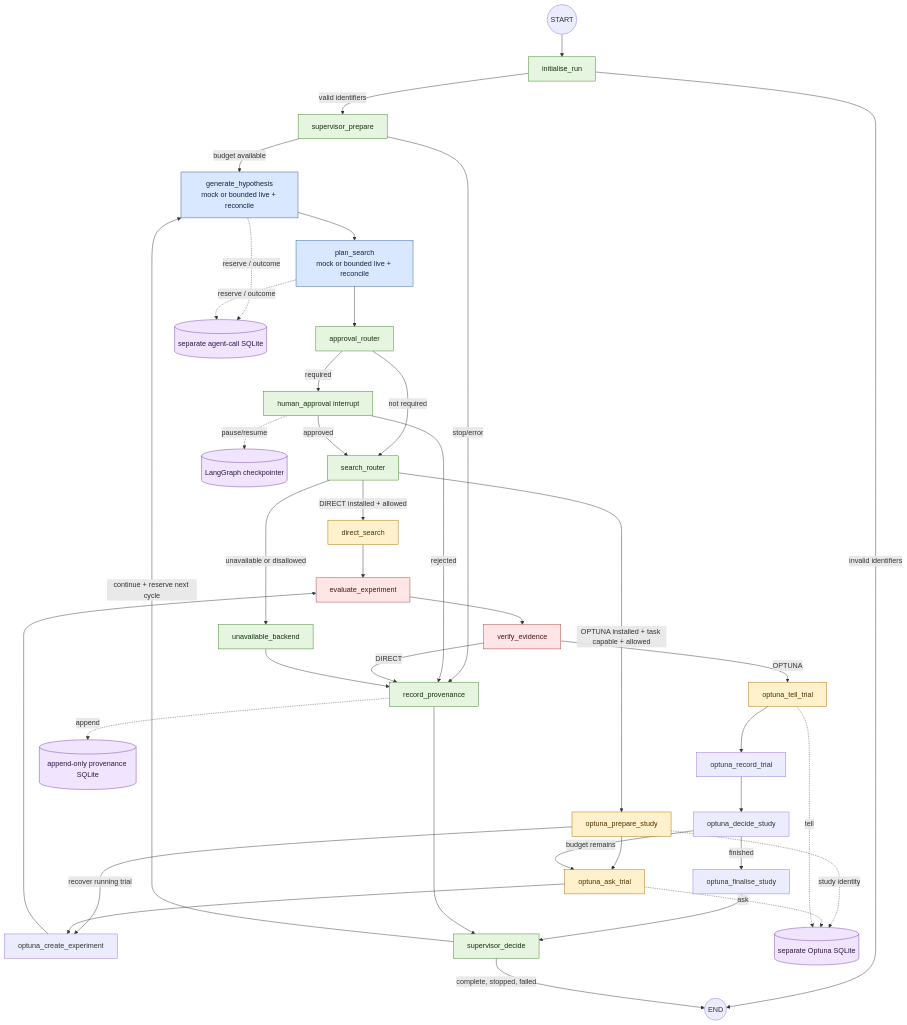
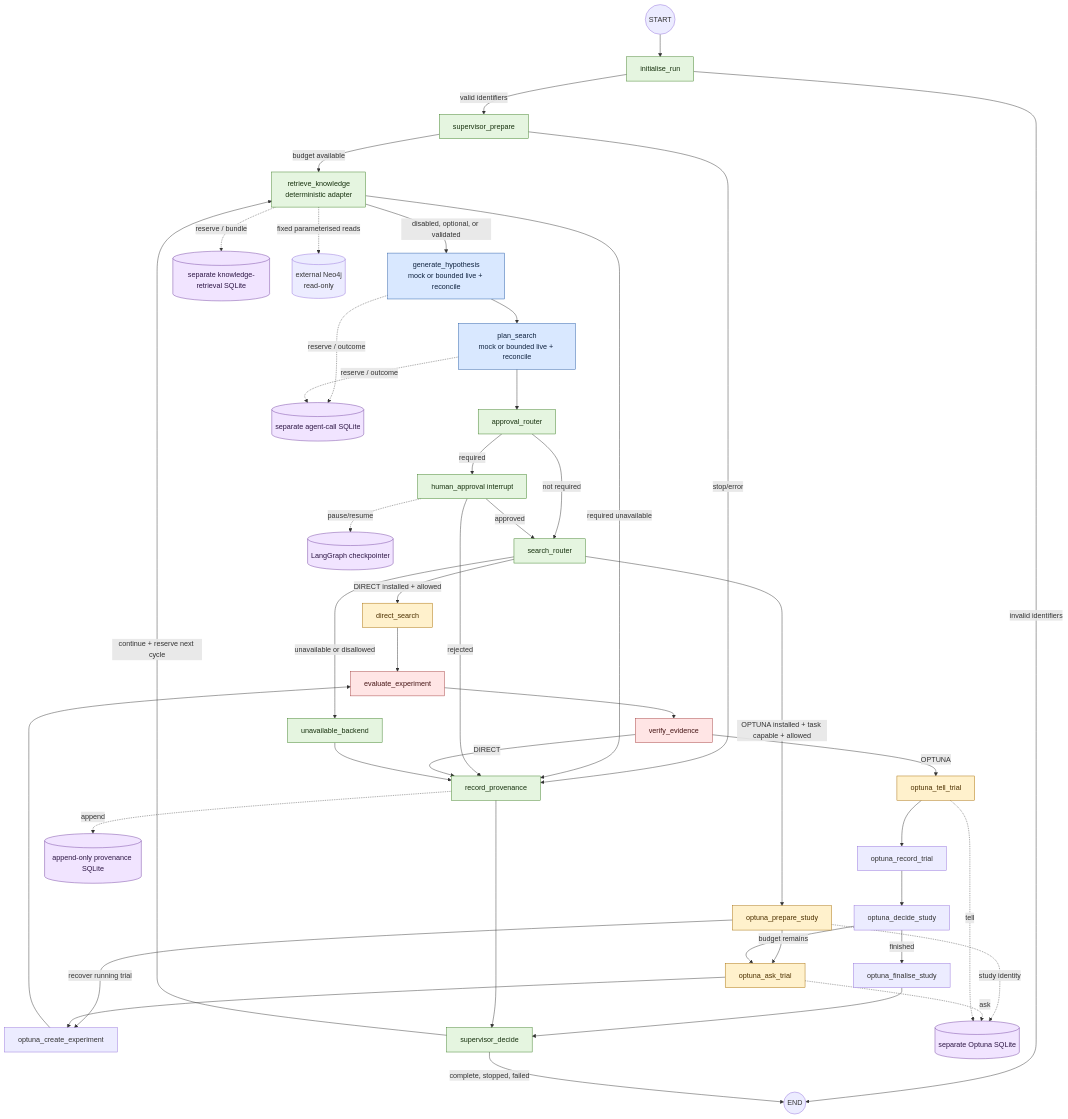
The diagram in docs/architecture/graph.mmd (Lifework-Health/auto-researcher), drawn with Mermaid before and after one commit. The commit also changed 75 other files, not shown here.

```diff
--- a/docs/architecture/graph.mmd
+++ b/docs/architecture/graph.mmd
@@ -1,56 +1,62 @@
 flowchart TD
     START((START)) --> initialise[initialise_run]
     initialise -->|valid identifiers| prepare[supervisor_prepare]
     initialise -->|invalid identifiers| END
-    prepare -->|budget available| hypothesis[generate_hypothesis]
+    prepare -->|budget available| knowledge["retrieve_knowledge<br/>deterministic adapter"]
     prepare -->|stop/error| provenance[record_provenance]
+    knowledge -->|disabled, optional, or validated| hypothesis[generate_hypothesis]
+    knowledge -->|required unavailable| provenance
     hypothesis["generate_hypothesis<br/>mock or bounded live + reconcile"] --> planner["plan_search<br/>mock or bounded live + reconcile"]
     planner --> approvalRouter[approval_router]
     approvalRouter -->|required| human[human_approval interrupt]
     approvalRouter -->|not required| searchRouter[search_router]
     human -->|approved| searchRouter
     human -->|rejected| provenance
     searchRouter -->|DIRECT installed + allowed| direct[direct_search]
     searchRouter -->|OPTUNA installed + task capable + allowed| optunaPrepare[optuna_prepare_study]
     searchRouter -->|unavailable or disallowed| unavailable[unavailable_backend]
     direct --> evaluator[evaluate_experiment]
     optunaPrepare --> optunaAsk[optuna_ask_trial]
     optunaPrepare -->|recover running trial| optunaCreate[optuna_create_experiment]
     optunaAsk --> optunaCreate
     optunaCreate --> evaluator
     evaluator --> verifier[verify_evidence]
     verifier -->|DIRECT| provenance
     verifier -->|OPTUNA| optunaTell[optuna_tell_trial]
     optunaTell --> optunaRecord[optuna_record_trial]
     optunaRecord --> optunaDecide[optuna_decide_study]
     optunaDecide -->|budget remains| optunaAsk
     optunaDecide -->|finished| optunaFinal[optuna_finalise_study]
     optunaFinal --> decide
     unavailable --> provenance
     provenance --> decide[supervisor_decide]
-    decide -->|continue + reserve next cycle| hypothesis
+    decide -->|continue + reserve next cycle| knowledge
     decide -->|complete, stopped, failed| END((END))
 
     checkpointer[(LangGraph checkpointer)]
     provenanceStore[(append-only provenance SQLite)]
     optunaStore[(separate Optuna SQLite)]
     agentCallStore[(separate agent-call SQLite)]
+    knowledgeStore[(separate knowledge-retrieval SQLite)]
+    neo4j[("external Neo4j<br/>read-only")]
     human -. pause/resume .-> checkpointer
     provenance -. append .-> provenanceStore
     optunaPrepare -. study identity .-> optunaStore
     optunaAsk -. ask .-> optunaStore
     optunaTell -. tell .-> optunaStore
     hypothesis -. reserve / outcome .-> agentCallStore
     planner -. reserve / outcome .-> agentCallStore
+    knowledge -. reserve / bundle .-> knowledgeStore
+    knowledge -. fixed parameterised reads .-> neo4j
 
     classDef llm fill:#d9e8ff,stroke:#245aa5,color:#10233f
     classDef deterministic fill:#e5f5e0,stroke:#3b7d23,color:#17310e
     classDef backend fill:#fff1cc,stroke:#a66b00,color:#4d3100
     classDef persistence fill:#f1e4ff,stroke:#7040a0,color:#2e1745
     classDef scientific fill:#ffe5e5,stroke:#a23b3b,color:#451515
 
     class hypothesis,planner llm
-    class initialise,prepare,approvalRouter,human,searchRouter,provenance,decide,unavailable deterministic
+    class initialise,prepare,knowledge,approvalRouter,human,searchRouter,provenance,decide,unavailable deterministic
     class evaluator,verifier scientific
     class direct,optunaPrepare,optunaAsk,optunaTell backend
-    class checkpointer,provenanceStore,optunaStore,agentCallStore persistence
+    class checkpointer,provenanceStore,optunaStore,agentCallStore,knowledgeStore persistence
```
